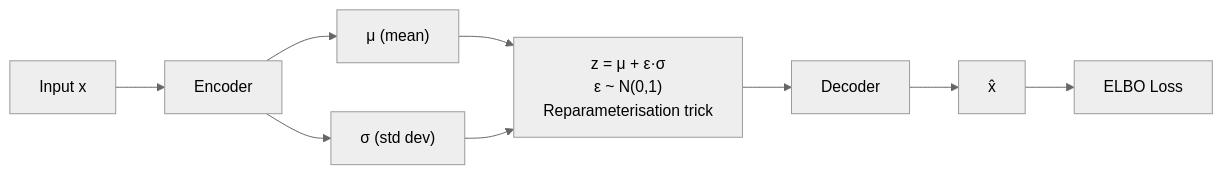
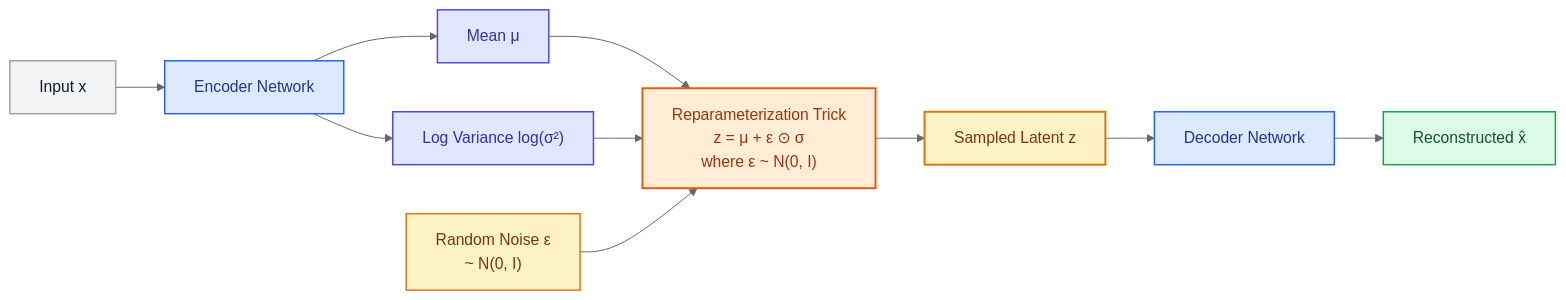
Before and after one commit to vushesh-008/Building_LLM_from_scratch: the third of 4 diagrams in transformers_basics/00_Foundations_and_Pre_Transformers/00b_Reconstruction_Family.md, drawn with Mermaid (neutral theme). The commit also changed other lines of this file, not shown here.

Commit message:
docs: overhaul 00b Reconstruction Family with cross-modality roadmap, LLM/BERT connections, and dark mode diagrams

````diff
--- a/transformers_basics/00_Foundations_and_Pre_Transformers/00b_Reconstruction_Family.md
+++ b/transformers_basics/00_Foundations_and_Pre_Transformers/00b_Reconstruction_Family.md
@@ -58,10 +121,24 @@
 ```mermaid
 flowchart LR
-    X["Input x"] --> ENC["Encoder"]
-    ENC --> MU["μ  (mean)"]
-    ENC --> SIG["σ  (std dev)"]
-    MU --> SAMP["z = μ + ε·σ\nε ~ N(0,1)\nReparameterisation trick"]
-    SIG --> SAMP
-    SAMP --> DEC["Decoder"] --> XH["x̂"]
-    XH --> LOSS["ELBO Loss"]
+    X["Input x"] --> ENC["Encoder Network"]
+    ENC --> MU["Mean μ"]
+    ENC --> LOGVAR["Log Variance log(σ²)"]
+    
+    MU --> REPARAM["Reparameterization Trick\nz = μ + ε ⊙ σ\nwhere ε ~ N(0, I)"]
+    LOGVAR --> REPARAM
+    EPS["Random Noise ε\n~ N(0, I)"] --> REPARAM
+    
+    REPARAM --> Z["Sampled Latent z"]
+    Z --> DEC["Decoder Network"]
+    DEC --> XH["Reconstructed x̂"]
+
+    style X fill:#f3f4f6,stroke:#9ca3af,stroke-width:1.5px,color:#111827
+    style ENC fill:#dbeafe,stroke:#2563eb,stroke-width:1.5px,color:#1e3a8a
+    style MU fill:#e0e7ff,stroke:#4f46e5,stroke-width:1.5px,color:#3730a3
+    style LOGVAR fill:#e0e7ff,stroke:#4f46e5,stroke-width:1.5px,color:#3730a3
+    style EPS fill:#fef3c7,stroke:#d97706,stroke-width:1.5px,color:#78350f
+    style REPARAM fill:#ffedd5,stroke:#ea580c,stroke-width:2px,color:#9a3412
+    style Z fill:#fef3c7,stroke:#d97706,stroke-width:2px,color:#78350f
+    style DEC fill:#dbeafe,stroke:#2563eb,stroke-width:1.5px,color:#1e3a8a
+    style XH fill:#dcfce7,stroke:#16a34a,stroke-width:1.5px,color:#14532d
 ```
````
